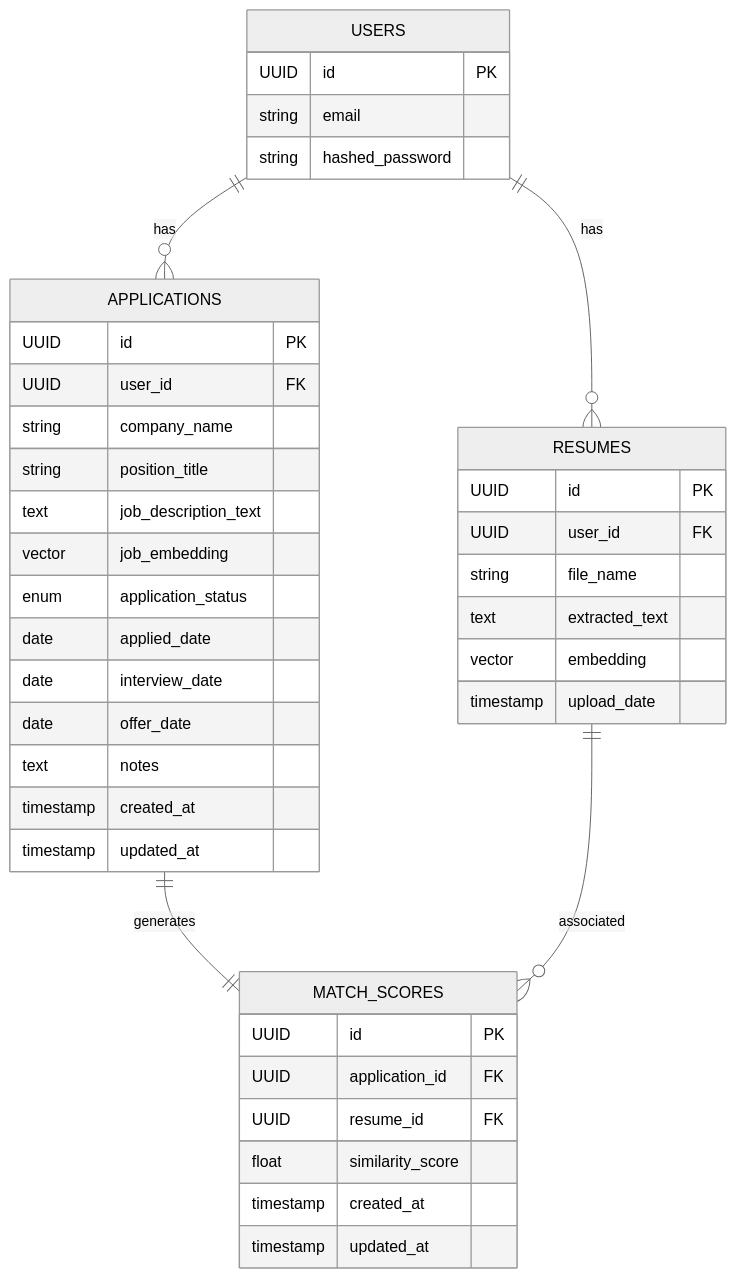
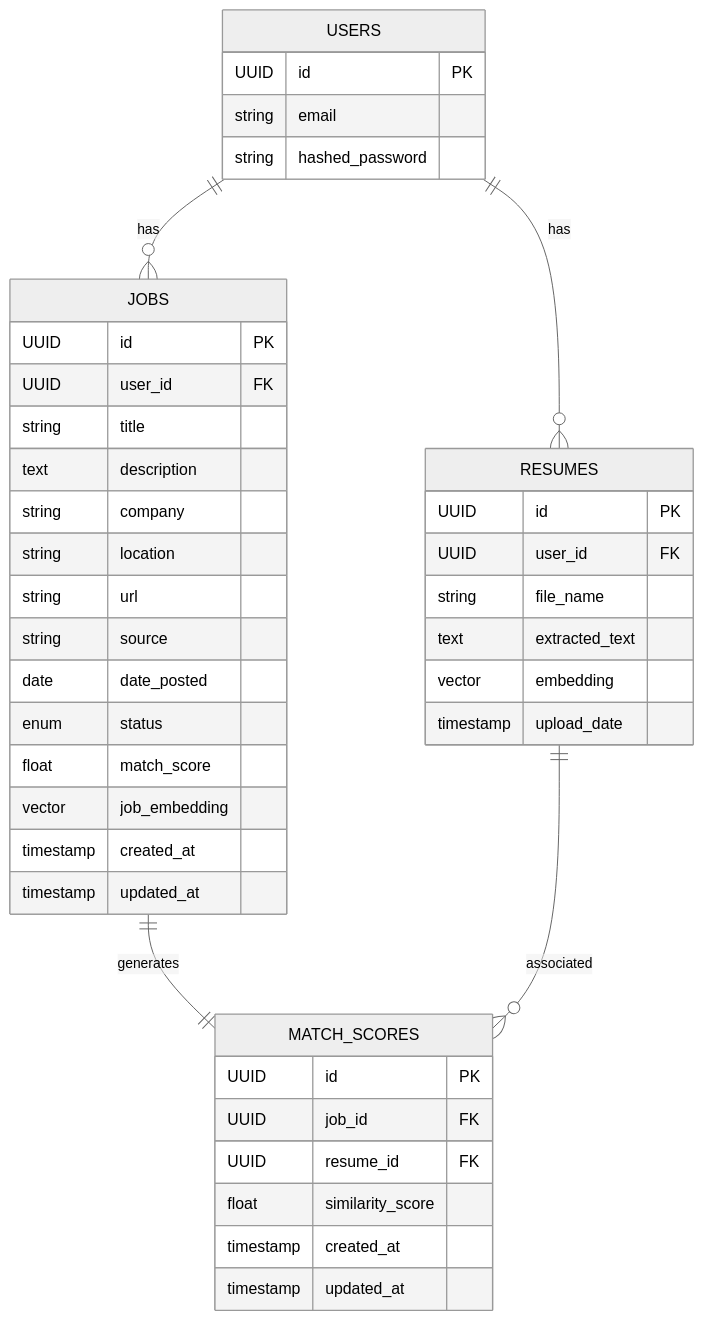
Before and after one commit to s1120258/job-tracker-backend: the diagram in docs/DATA_MODEL.md, drawn with Mermaid (neutral theme). The commit also changed other lines of this file and 1 other file, not shown here.

````diff
--- a/docs/DATA_MODEL.md
+++ b/docs/DATA_MODEL.md
@@ -9,47 +9,48 @@
 ```mermaid
 erDiagram
     USERS {
         UUID id PK
         string email
         string hashed_password
     }
 
-    APPLICATIONS {
+    JOBS {
         UUID id PK
         UUID user_id FK
-        string company_name
-        string position_title
-        text job_description_text
+        string title
+        text description
+        string company
+        string location
+        string url
+        string source
+        date date_posted
+        enum status
+        float match_score
         vector job_embedding
-        enum application_status
-        date applied_date
-        date interview_date
-        date offer_date
-        text notes
         timestamp created_at
         timestamp updated_at
     }
 
     RESUMES {
         UUID id PK
         UUID user_id FK
         string file_name
         text extracted_text
         vector embedding
         timestamp upload_date
     }
 
     MATCH_SCORES {
         UUID id PK
-        UUID application_id FK
+        UUID job_id FK
         UUID resume_id FK
         float similarity_score
         timestamp created_at
         timestamp updated_at
     }
 
-    USERS ||--o{ APPLICATIONS : "has"
+    USERS ||--o{ JOBS : "has"
     USERS ||--o{ RESUMES : "has"
-    APPLICATIONS ||--|| MATCH_SCORES : "generates"
+    JOBS ||--|| MATCH_SCORES : "generates"
     RESUMES ||--o{ MATCH_SCORES : "associated"
 ```
````
